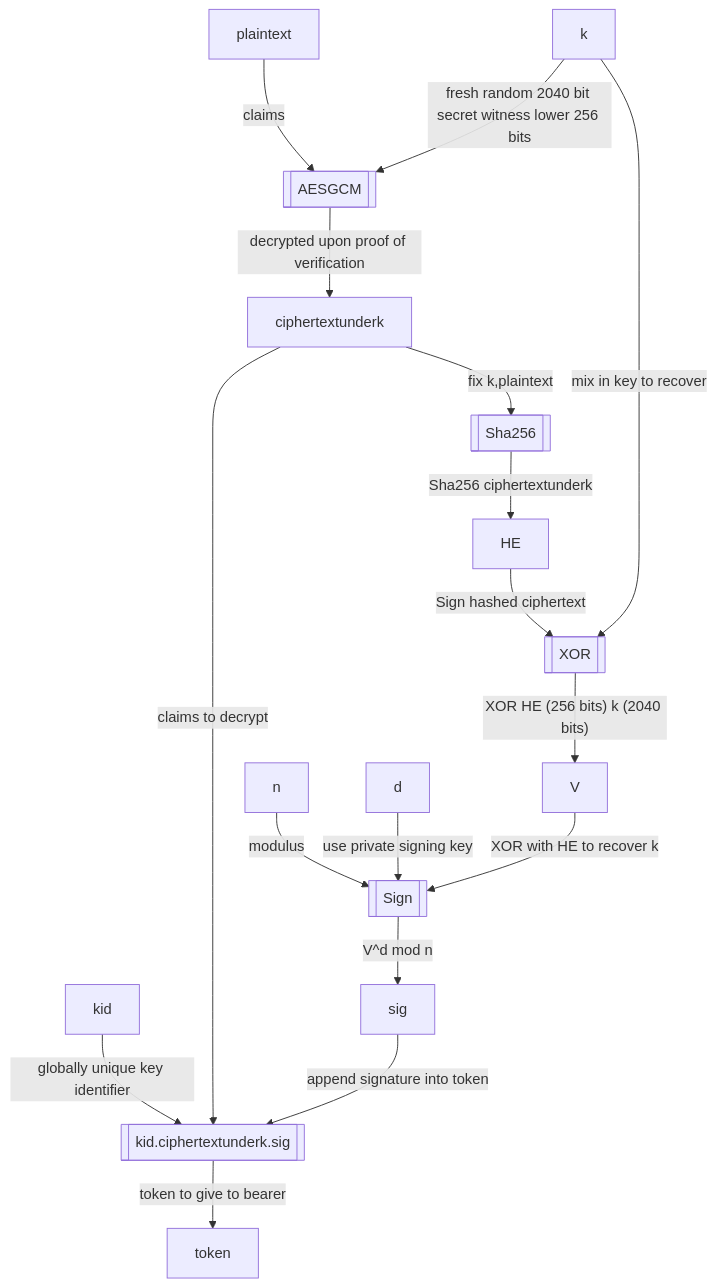
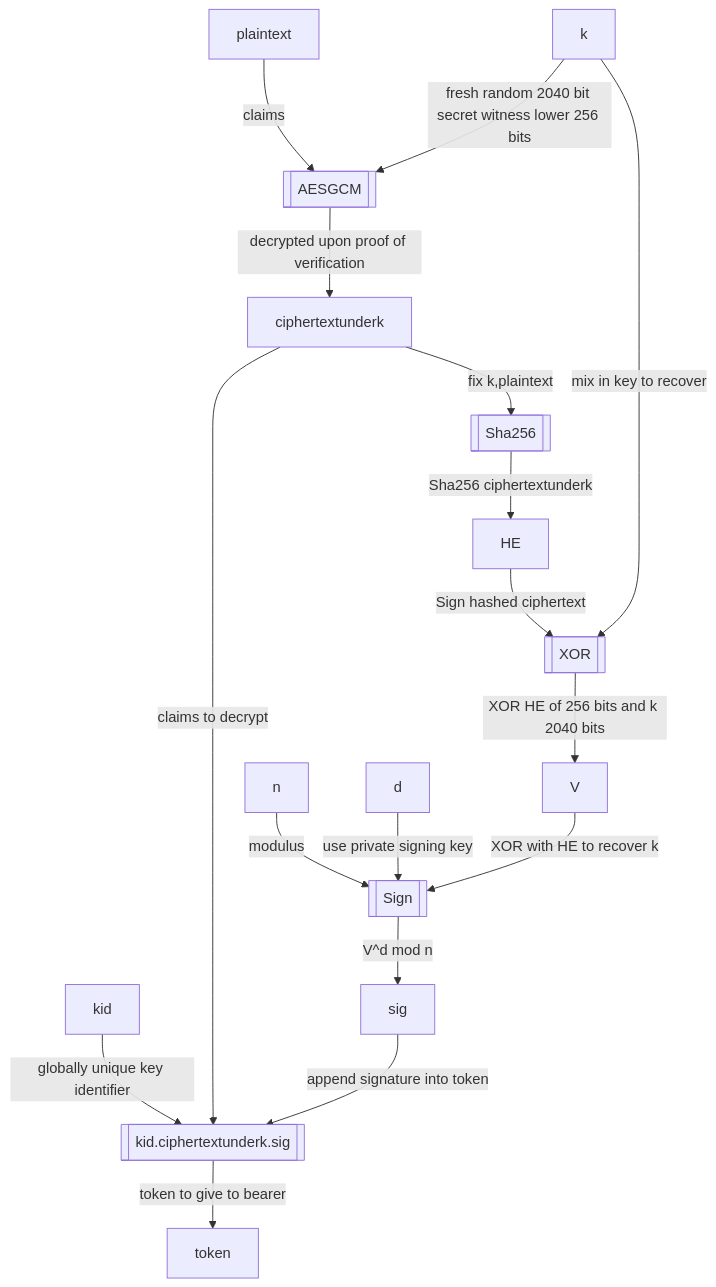
Before and after one commit to rfielding/whiskeyTango: the third of 4 diagrams in README.md, drawn with Mermaid.

````diff
--- a/README.md
+++ b/README.md
@@ -209,24 +209,24 @@
 ```mermaid
 flowchart TB
   AESGCM[[AESGCM]]
   APPENDB64WithDots[[kid.ciphertextunderk.sig]]
   plaintext-- claims -->AESGCM
-  k-- fresh random 2040 bit secret witness lower 256 bits  -->AESGCM
+  k-- fresh random 2040 bit secret witness lower 256 bits -->AESGCM
   AESGCM-- decrypted upon proof of verification -->ciphertextunderk
   kid-- globally unique key identifier -->APPENDB64WithDots
   ciphertextunderk-- claims to decrypt -->APPENDB64WithDots
   APPENDB64WithDots-- token to give to bearer -->token
   Sha256[[Sha256]]
   ciphertextunderk-- fix k,plaintext -->Sha256
   XOR[[XOR]]
   Sign[[Sign]]
   n-- modulus -->Sign
   d-- use private signing key -->Sign
   Sha256-- Sha256 ciphertextunderk -->HE
-  HE-- Sign hashed ciphertext  -->XOR
+  HE-- Sign hashed ciphertext -->XOR
   k-- mix in key to recover -->XOR
-  XOR-- XOR HE (256 bits) k (2040 bits) -->V
+  XOR-- XOR HE of 256 bits and k 2040 bits -->V
   V-- XOR with HE to recover k -->Sign
   Sign-- V^d mod n -->sig
   sig-- append signature into token -->APPENDB64WithDots
 ```
````
